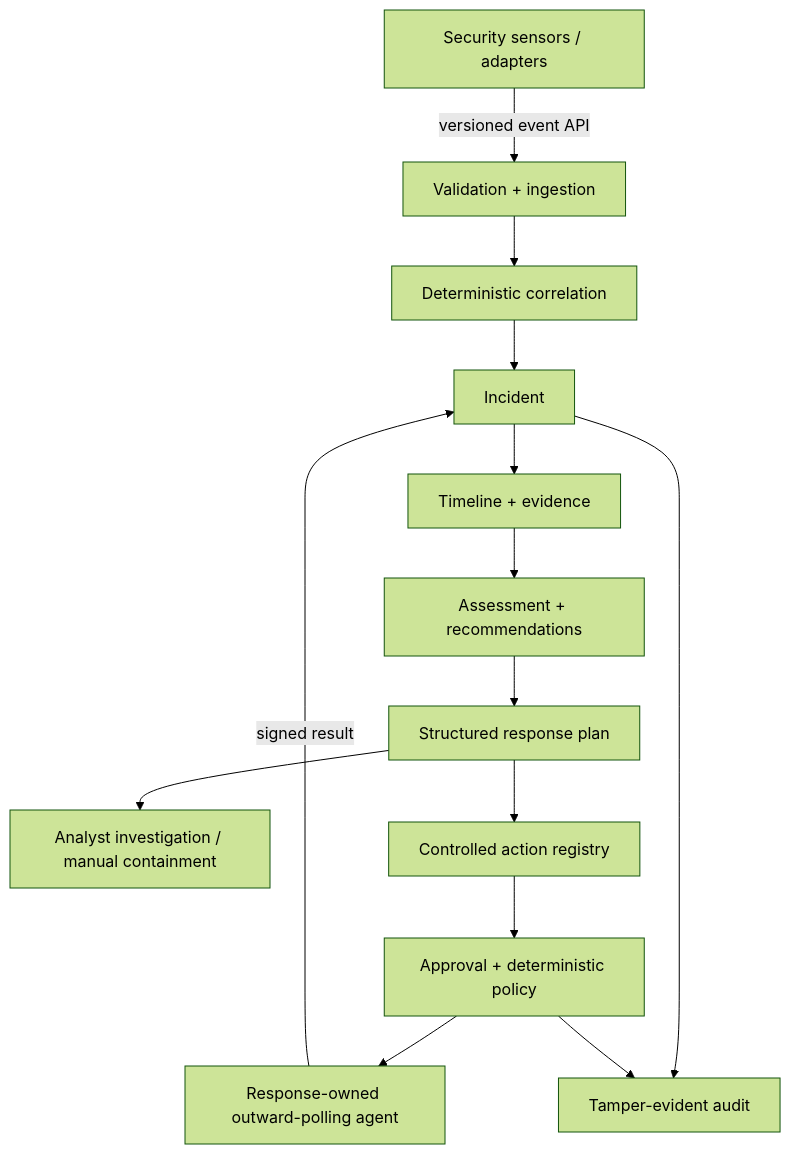
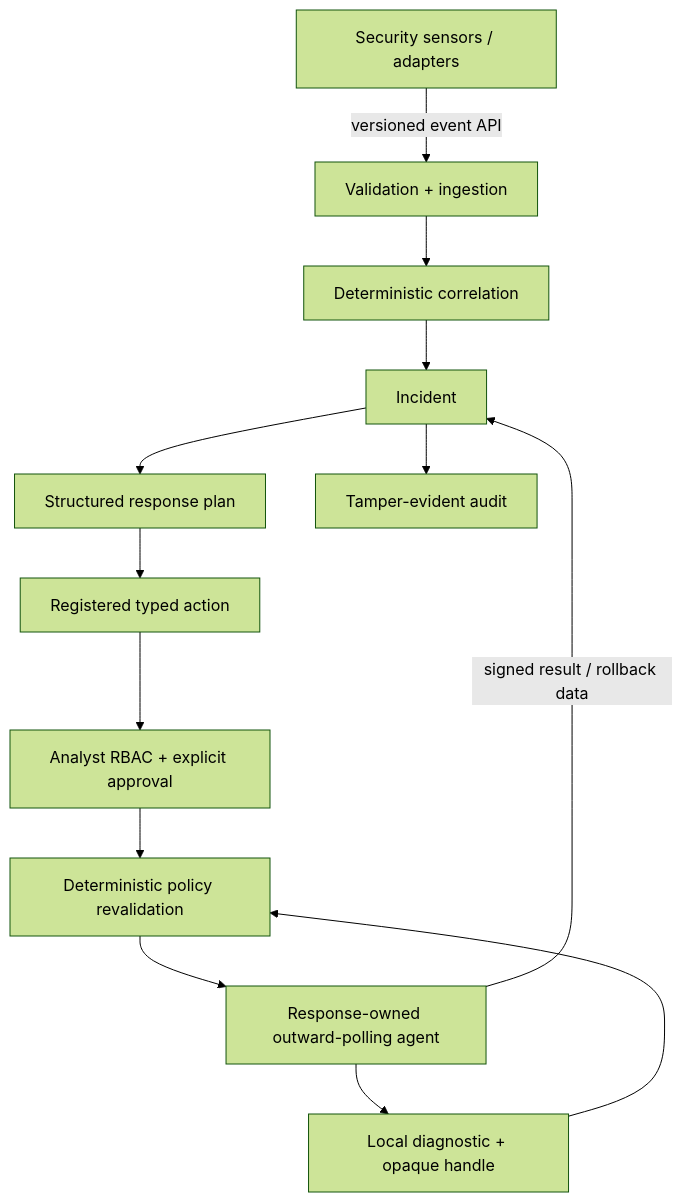
One commit to LUKEcheadle-ship-it/quietward-response changed the diagram in README.md. Above: the diagram before and after it, drawn with Mermaid (forest theme). The commit also changed other lines of this file, not shown here.

Commit message:
docs: document v1.2 handle-bound containment and analyst RBAC

````diff
--- a/README.md
+++ b/README.md
@@ -52,16 +99,15 @@
 ```mermaid
 flowchart TD
     S[Security sensors / adapters] -->|versioned event API| I[Validation + ingestion]
     I --> C[Deterministic correlation]
     C --> X[Incident]
-    X --> T[Timeline + evidence]
-    T --> R[Assessment + recommendations]
-    R --> P[Structured response plan]
-    P --> H[Analyst investigation / manual containment]
-    P --> A[Controlled action registry]
-    A --> G[Approval + deterministic policy]
+    X --> P[Structured response plan]
+    P --> R[Registered typed action]
+    R --> A[Analyst RBAC + explicit approval]
+    A --> G[Deterministic policy revalidation]
     G --> E[Response-owned outward-polling agent]
-    E -->|signed result| X
+    E --> D[Local diagnostic + opaque handle]
+    D --> G
+    E -->|signed result / rollback data| X
     X --> U[Tamper-evident audit]
-    G --> U
 ```
````
